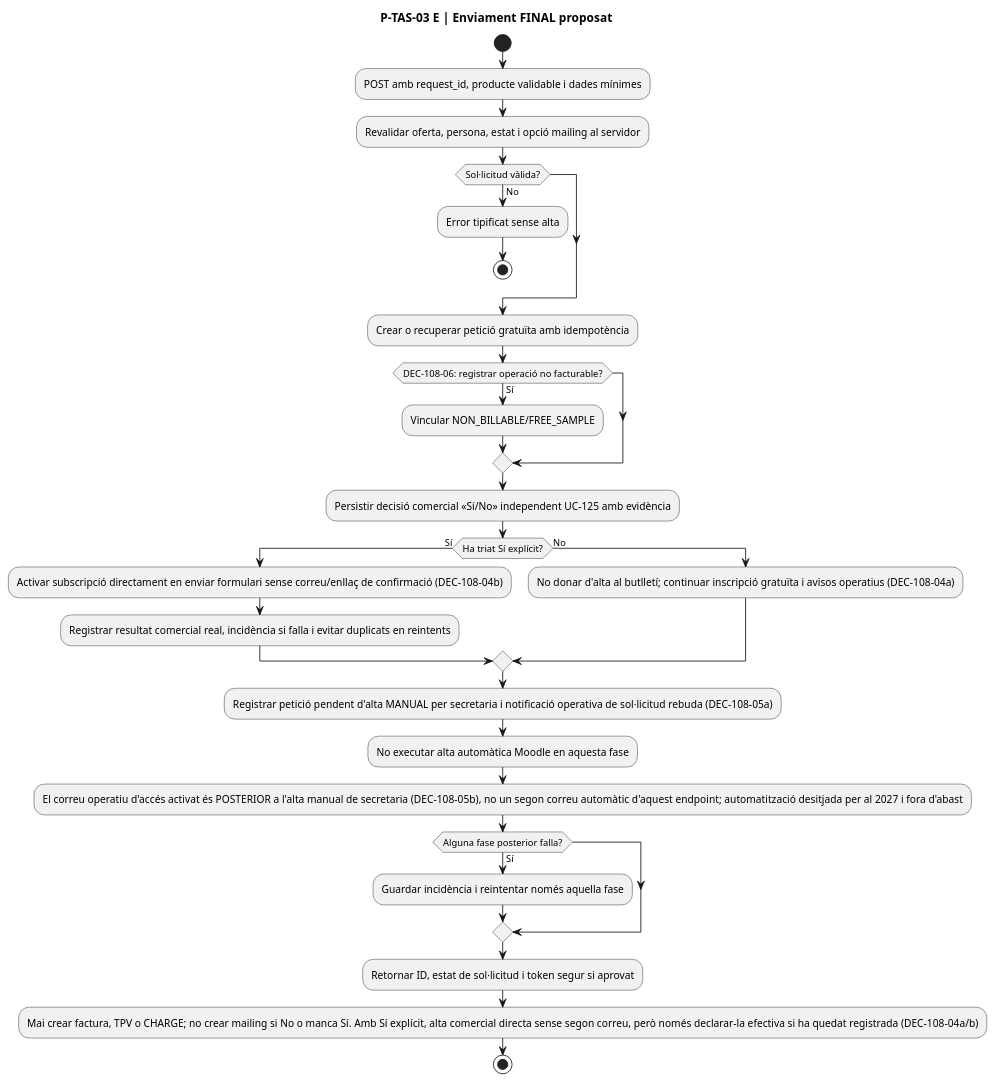
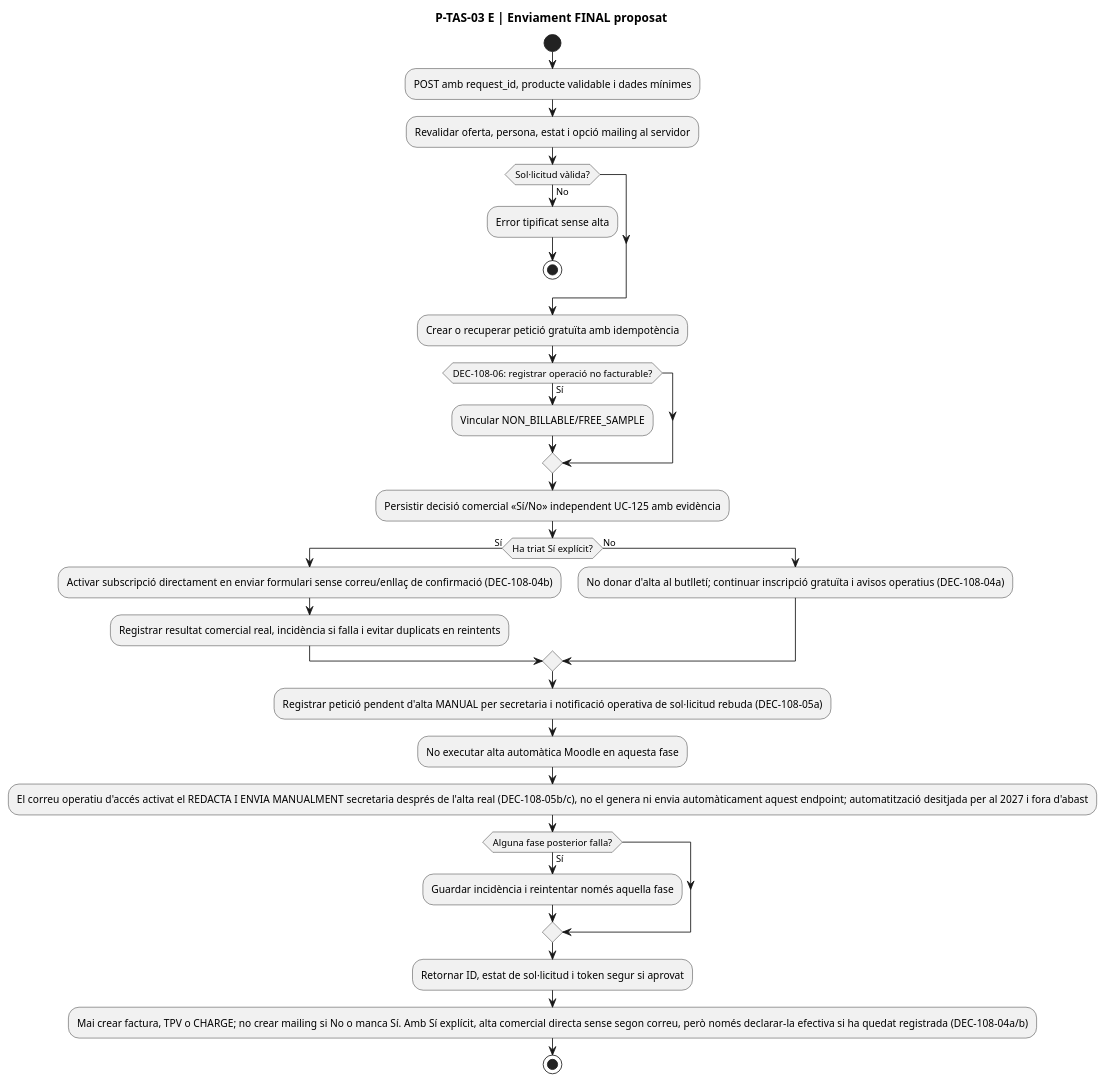
Diagram 26 of 32 in documentacio/07-uml-integrat/uc-108-activitats-pagines-tastets-actual-final.md (orgmeriemprismacat-del/verifactu), drawn with PlantUML before and after one commit. The commit also changed other lines of this file, not shown here.

Commit message:
docs(uml uc-108): explicit manual drafting and sending of access email, no automatic dispatch

````diff
--- a/documentacio/07-uml-integrat/uc-108-activitats-pagines-tastets-actual-final.md
+++ b/documentacio/07-uml-integrat/uc-108-activitats-pagines-tastets-actual-final.md
@@ -639,32 +639,32 @@
 ```plantuml
 @startuml
 title P-TAS-03 E | Enviament FINAL proposat
 start
 :POST amb request_id, producte validable i dades mínimes;
 :Revalidar oferta, persona, estat i opció mailing al servidor;
 if (Sol·licitud vàlida?) then (No)
   :Error tipificat sense alta;
   stop
 endif
 :Crear o recuperar petició gratuïta amb idempotència;
 if (DEC-108-06: registrar operació no facturable?) then (Sí)
   :Vincular NON_BILLABLE/FREE_SAMPLE;
 endif
 :Persistir decisió comercial «Sí/No» independent UC-125 amb evidència;
 if (Ha triat Sí explícit?) then (Sí)
   :Activar subscripció directament en enviar formulari sense correu/enllaç de confirmació (DEC-108-04b);
   :Registrar resultat comercial real, incidència si falla i evitar duplicats en reintents;
 else (No)
   :No donar d'alta al butlletí; continuar inscripció gratuïta i avisos operatius (DEC-108-04a);
 endif
 :Registrar petició pendent d'alta MANUAL per secretaria i notificació operativa de sol·licitud rebuda (DEC-108-05a);
 :No executar alta automàtica Moodle en aquesta fase;
-:El correu operatiu d'accés activat és POSTERIOR a l'alta manual de secretaria (DEC-108-05b), no un segon correu automàtic d'aquest endpoint; automatització desitjada per al 2027 i fora d'abast;
+:El correu operatiu d'accés activat el REDACTA I ENVIA MANUALMENT secretaria després de l'alta real (DEC-108-05b/c), no el genera ni envia automàticament aquest endpoint; automatització desitjada per al 2027 i fora d'abast;
 if (Alguna fase posterior falla?) then (Sí)
   :Guardar incidència i reintentar només aquella fase;
 endif
 :Retornar ID, estat de sol·licitud i token segur si aprovat;
 :Mai crear factura, TPV o CHARGE; no crear mailing si No o manca Sí. Amb Sí explícit, alta comercial directa sense segon correu, però només declarar-la efectiva si ha quedat registrada (DEC-108-04a/b);
 stop
 @enduml
 ```
````
